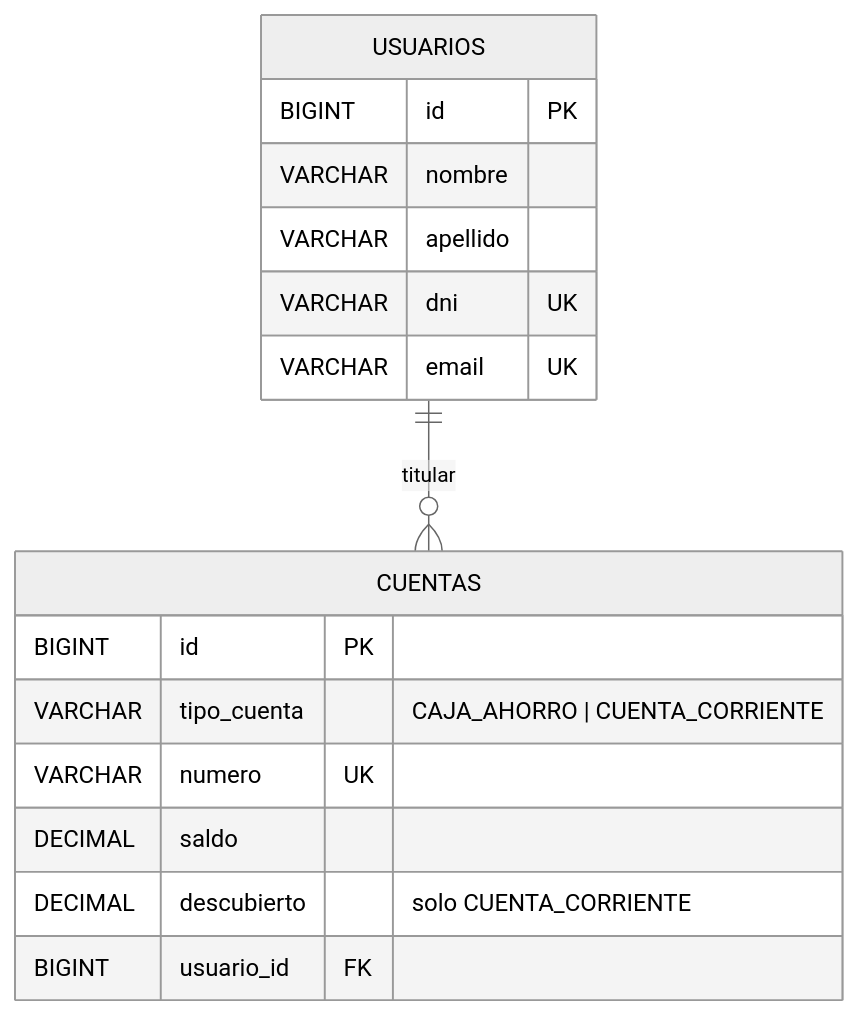
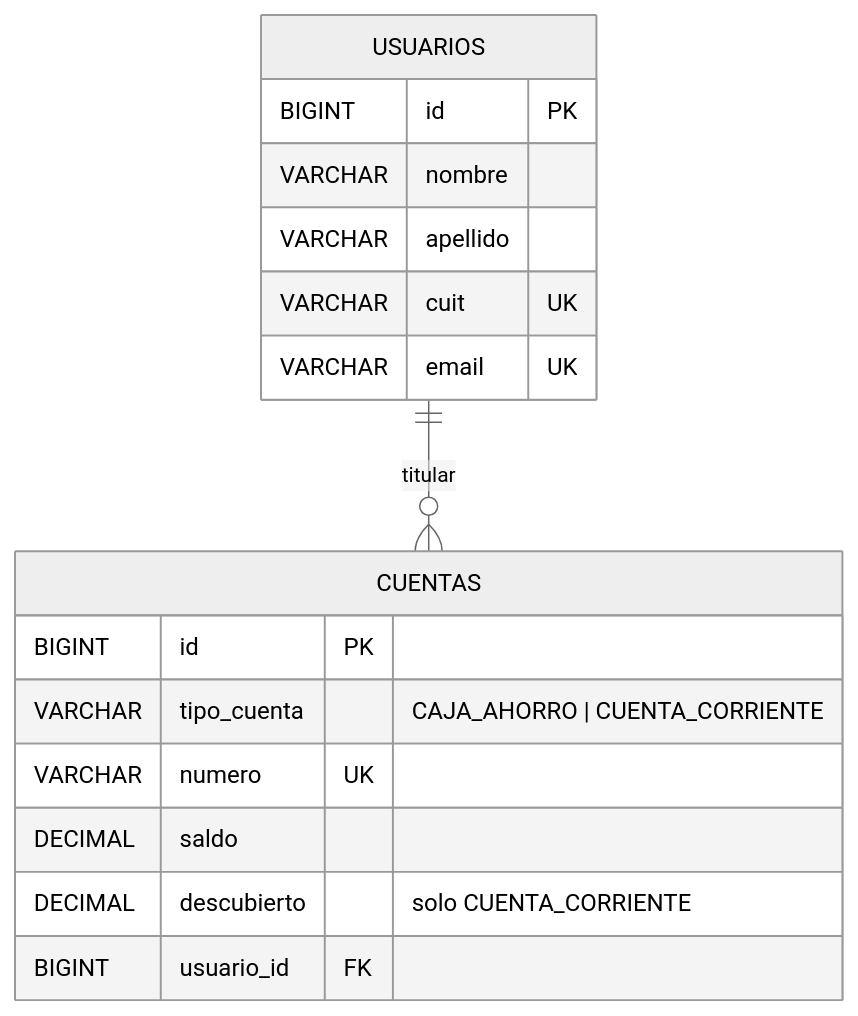
One commit to Gandara03/TPUTNMedioTermino changed the second of 2 diagrams in docs/modelo-dominio.md. Above: the diagram before and after it, drawn with Mermaid (neutral theme). The commit also changed other lines of this file and 44 other files, not shown here.

````diff
--- a/docs/modelo-dominio.md
+++ b/docs/modelo-dominio.md
@@ -69,19 +69,19 @@
 ```mermaid
 erDiagram
     USUARIOS ||--o{ CUENTAS : "titular"
     USUARIOS {
         BIGINT id PK
         VARCHAR nombre
         VARCHAR apellido
-        VARCHAR dni UK
+        VARCHAR cuit UK
         VARCHAR email UK
     }
     CUENTAS {
         BIGINT id PK
         VARCHAR tipo_cuenta "CAJA_AHORRO | CUENTA_CORRIENTE"
         VARCHAR numero UK
         DECIMAL saldo
         DECIMAL descubierto "solo CUENTA_CORRIENTE"
         BIGINT usuario_id FK
     }
 ```
````
